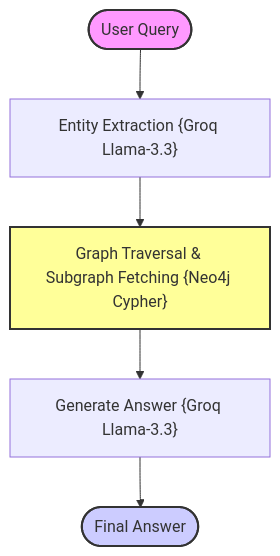
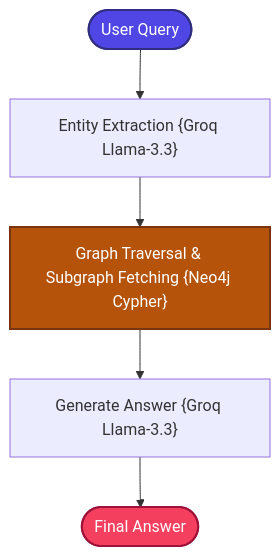
One commit to mohd-faizy/RAG-Design-Patterns changed the diagram in 10_Graph_RAG/README.md. Above: the diagram before and after it, drawn with Mermaid. The commit also changed 18 other files, not shown here.

````diff
--- a/10_Graph_RAG/README.md
+++ b/10_Graph_RAG/README.md
@@ -9,11 +9,11 @@
 ```mermaid
 graph TD
     Query([User Query]) --> Extractor["Entity Extraction {Groq Llama-3.3}"]
     Extractor --> Traversal["Graph Traversal & Subgraph Fetching {Neo4j Cypher}"]
     Traversal --> Generate["Generate Answer {Groq Llama-3.3}"]
     Generate --> FinalAnswer([Final Answer])
 
-    style Query fill:#f9f,stroke:#333,stroke-width:2px
-    style FinalAnswer fill:#ccf,stroke:#333,stroke-width:2px
-    style Traversal fill:#ff9,stroke:#333,stroke-width:2px
+    style Query fill:#4F46E5,stroke:#312E81,stroke-width:2px,color:#fff
+    style FinalAnswer fill:#F43F5E,stroke:#9F1239,stroke-width:2px,color:#fff
+    style Traversal fill:#B45309,stroke:#78350F,stroke-width:2px,color:#fff
 ```
````
